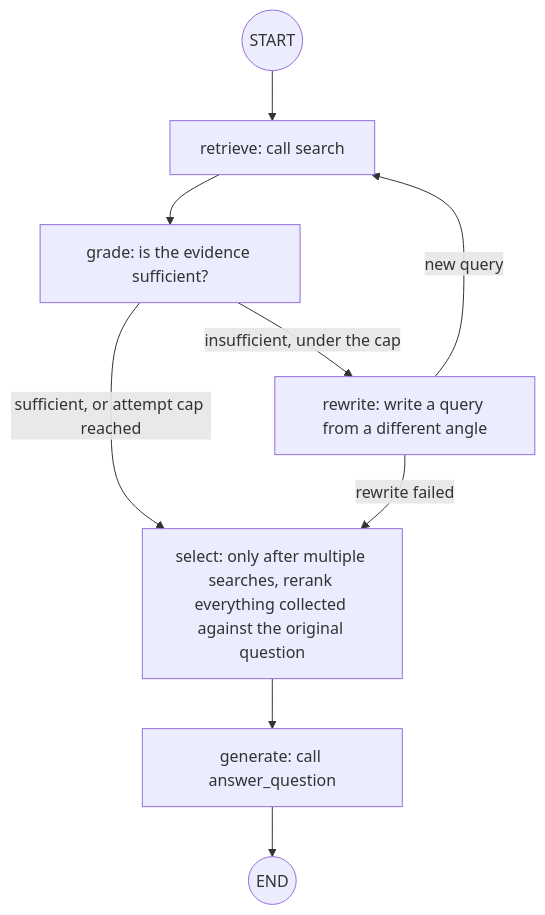
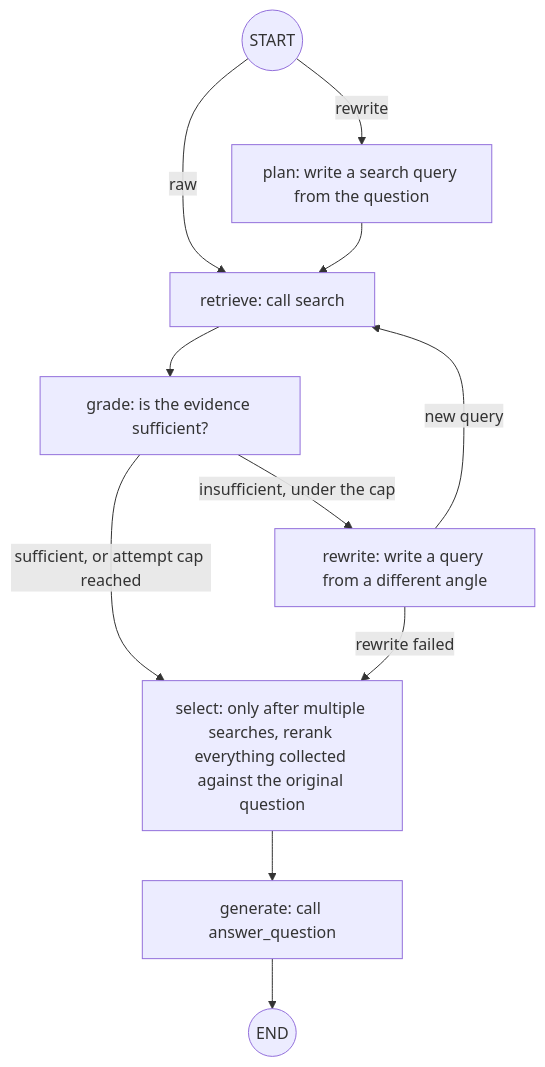
The second of 2 diagrams in README_en.md (satoshi-abe-dev/silo-rag), drawn with Mermaid before and after one commit. The commit also changed other lines of this file and 1 other file, not shown here.

First line of the commit message:
Document node H and the rewrite-first findings in the READMEs

````diff
--- a/README_en.md
+++ b/README_en.md
@@ -230,11 +239,13 @@
 ```mermaid
 graph TD
-    S((START)) --> R[retrieve: call search]
+    S((START)) -->|raw| R[retrieve: call search]
+    S -->|rewrite| P[plan: write a search query from the question]
+    P --> R
     R --> J[grade: is the evidence sufficient?]
     J -->|sufficient, or attempt cap reached| SEL[select: only after multiple searches, rerank everything collected against the original question]
     J -->|insufficient, under the cap| W[rewrite: write a query from a different angle]
     W -->|new query| R
     W -->|rewrite failed| SEL
     SEL --> G[generate: call answer_question]
     G --> X((END))
 ```
````
